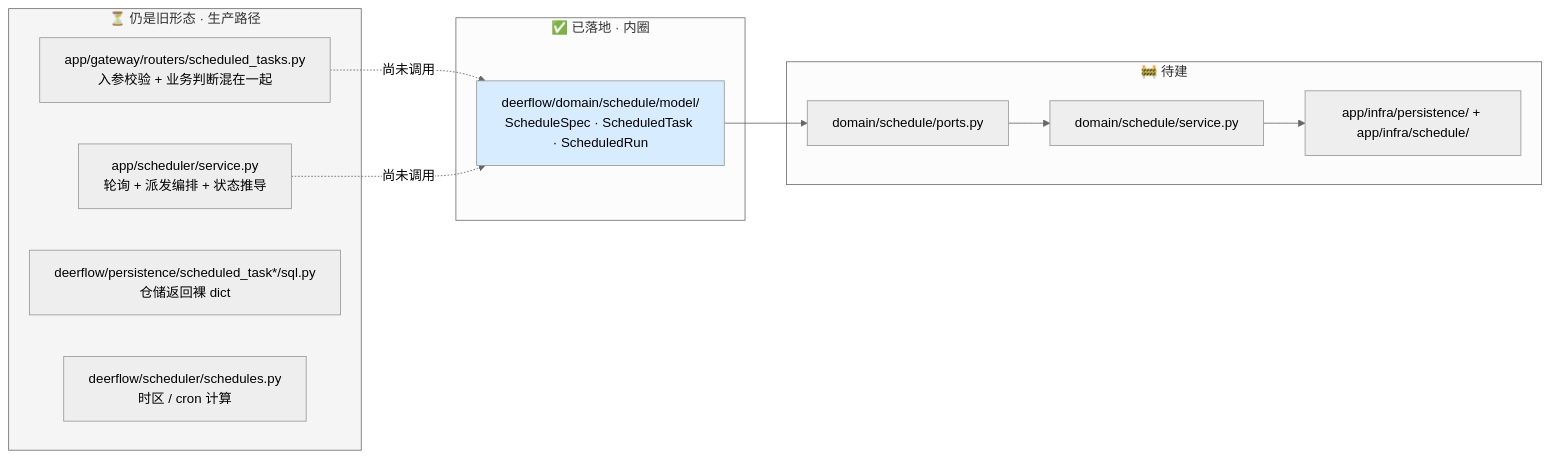
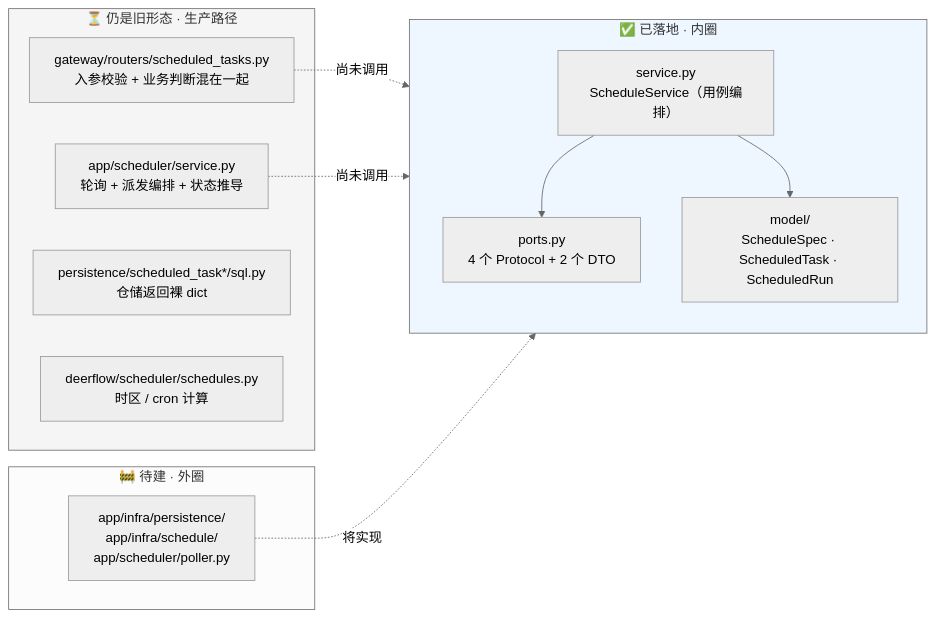
The first of 6 diagrams in backend/docs/SCHEDULE_DESIGN_zh.md (bytedance/deer-flow), drawn with Mermaid (neutral theme) before and after one commit. The commit also changed other lines of this file, not shown here.

First line of the commit message:
docs(schedule): cover the ports and the application service

````diff
--- a/backend/docs/SCHEDULE_DESIGN_zh.md
+++ b/backend/docs/SCHEDULE_DESIGN_zh.md
@@ -47,24 +47,27 @@
 ```mermaid
 flowchart LR
     subgraph NEW["✅ 已落地 · 内圈"]
-        M["deerflow/domain/schedule/model/<br/>ScheduleSpec · ScheduledTask · ScheduledRun"]
+        direction TB
+        SV["service.py<br/>ScheduleService（用例编排）"]
+        PO["ports.py<br/>4 个 Protocol + 2 个 DTO"]
+        M["model/<br/>ScheduleSpec · ScheduledTask · ScheduledRun"]
+        SV --> PO
+        SV --> M
     end
     subgraph OLD["⏳ 仍是旧形态 · 生产路径"]
-        R["app/gateway/routers/scheduled_tasks.py<br/>入参校验 + 业务判断混在一起"]
+        R["gateway/routers/scheduled_tasks.py<br/>入参校验 + 业务判断混在一起"]
         S["app/scheduler/service.py<br/>轮询 + 派发编排 + 状态推导"]
-        P["deerflow/persistence/scheduled_task*/sql.py<br/>仓储返回裸 dict"]
+        P["persistence/scheduled_task*/sql.py<br/>仓储返回裸 dict"]
         C["deerflow/scheduler/schedules.py<br/>时区 / cron 计算"]
     end
-    subgraph TODO["🚧 待建"]
-        PO["domain/schedule/ports.py"]
-        SV["domain/schedule/service.py"]
-        AD["app/infra/persistence/ + app/infra/schedule/"]
+    subgraph TODO["🚧 待建 · 外圈"]
+        AD["app/infra/persistence/<br/>app/infra/schedule/<br/>app/scheduler/poller.py"]
     end
 
-    R -.->|尚未调用| M
-    S -.->|尚未调用| M
-    M --> PO --> SV --> AD
+    R -.->|尚未调用| SV
+    S -.->|尚未调用| SV
+    AD -.->|将实现| PO
 
-    style M fill:#d8ecff
+    style NEW fill:#eef6ff
     style OLD fill:#f5f5f5
 ```
````
